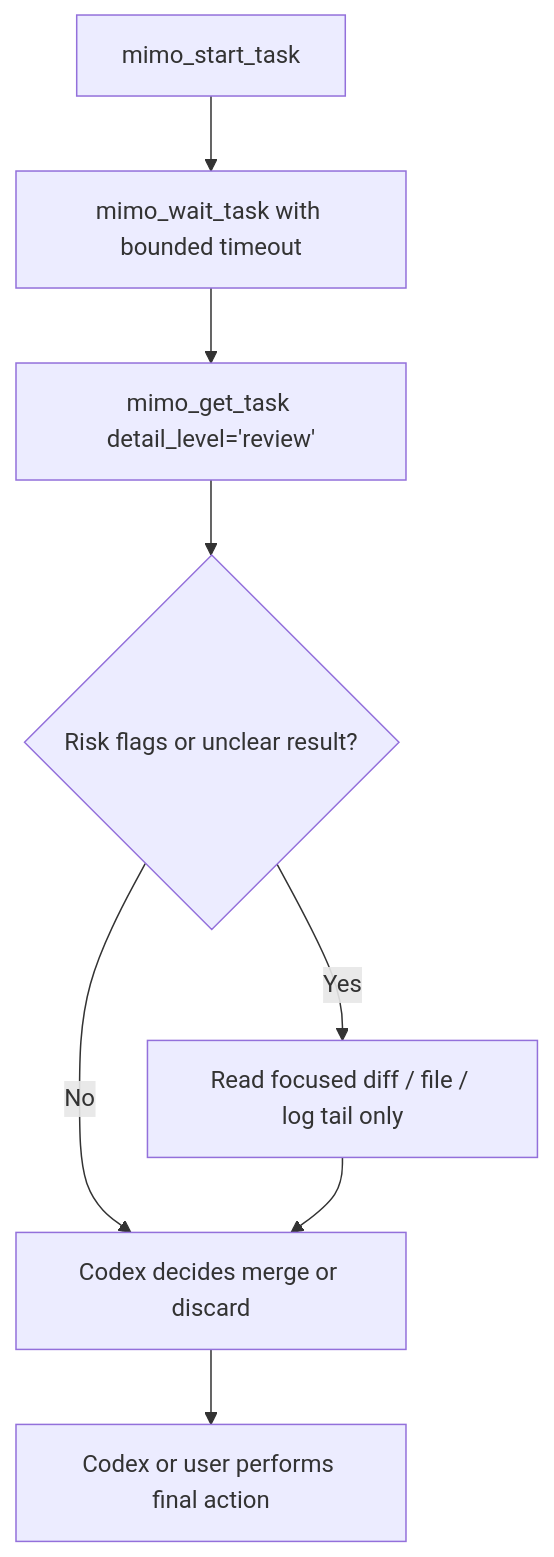
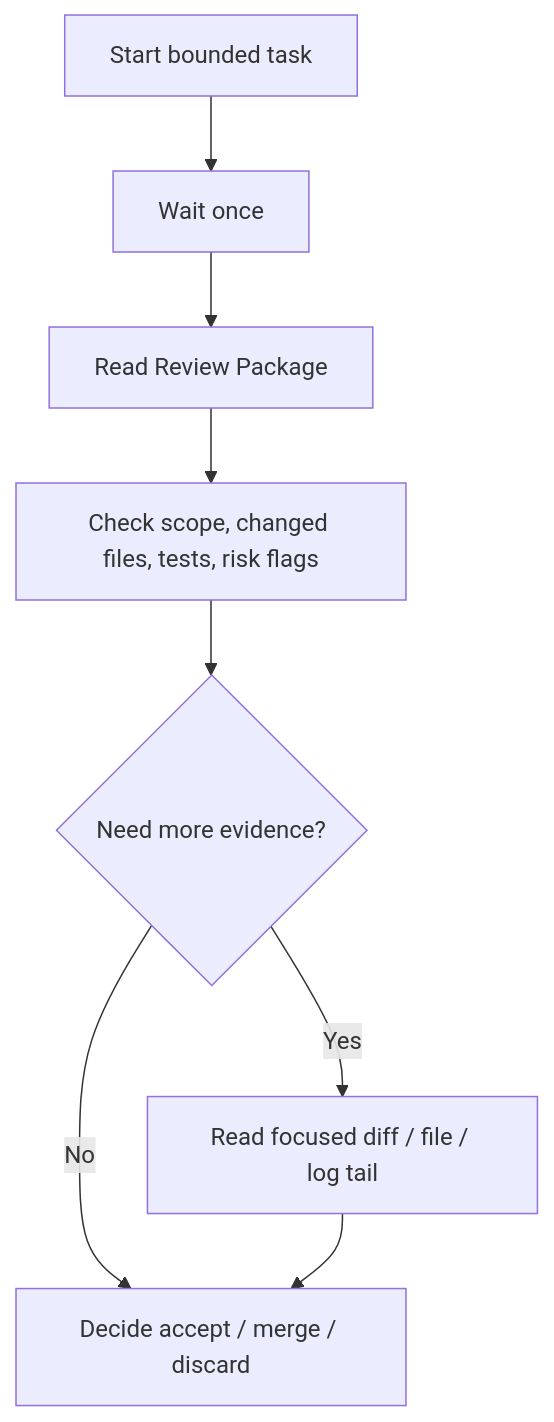
The second of 2 diagrams in README.md (Ichliebedich1/mimo-bridge-mcp), drawn with Mermaid before and after one commit. The commit also changed other lines of this file and 9 other files, not shown here.

````diff
--- a/README.md
+++ b/README.md
@@ -102,10 +161,10 @@
 ```mermaid
 flowchart TD
-  A[mimo_start_task] --> B[mimo_wait_task with bounded timeout]
-  B --> C[mimo_get_task detail_level='review']
-  C --> D{Risk flags or unclear result?}
-  D -->|No| E[Codex decides merge or discard]
-  D -->|Yes| F[Read focused diff / file / log tail only]
-  F --> E
-  E --> G[Codex or user performs final action]
+  A["Start bounded task"] --> B["Wait once"]
+  B --> C["Read Review Package"]
+  C --> D["Check scope, changed files, tests, risk flags"]
+  D --> E{"Need more evidence?"}
+  E -->|"No"| F["Decide accept / merge / discard"]
+  E -->|"Yes"| G["Read focused diff / file / log tail"]
+  G --> F
 ```
````
